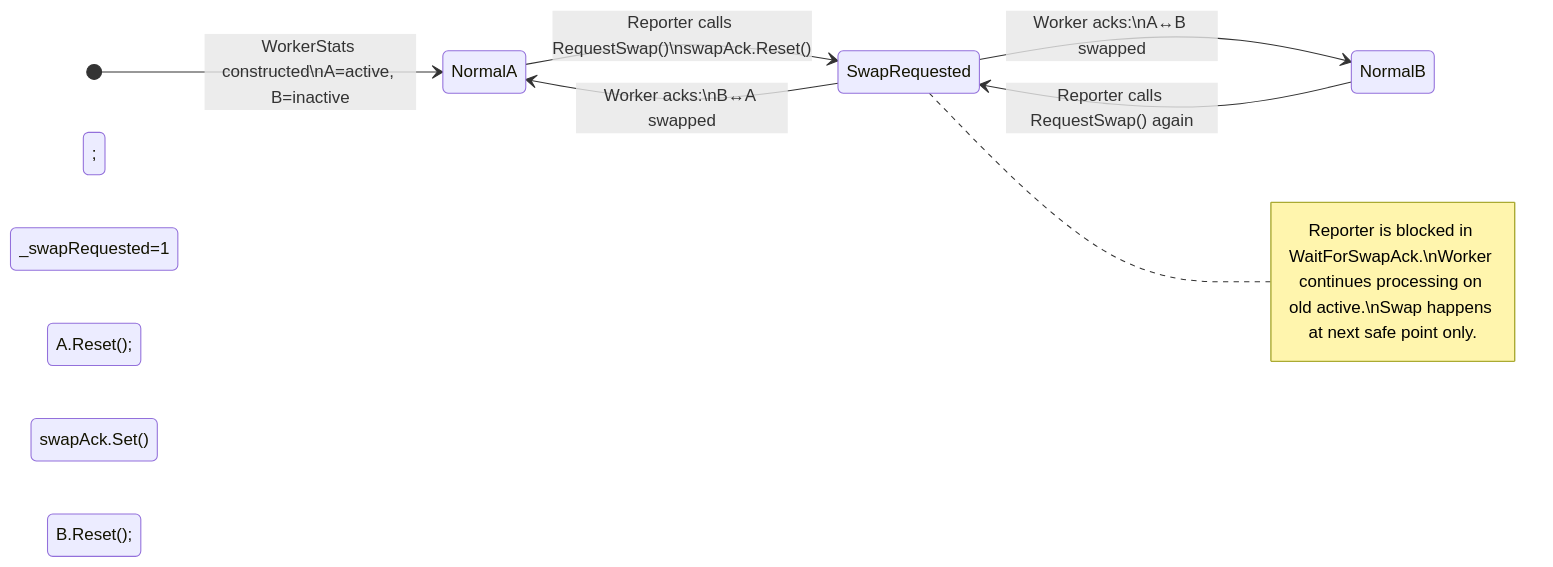
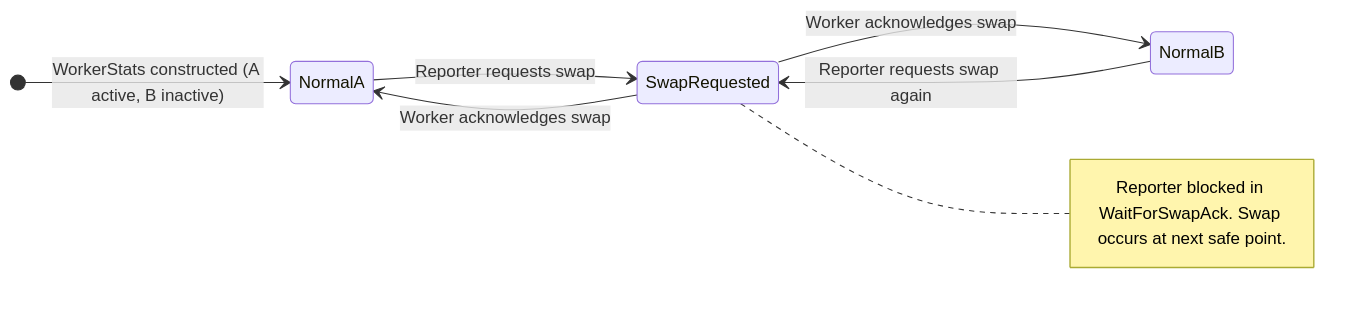
The eighth of 11 diagrams in docs/concurrency-model.md (jvspeed74/LogWatcher), drawn with Mermaid before and after one commit. The commit also changed other lines of this file, not shown here.

Commit message:
fix: syntax errors in diagrams in docs/concurrency-model.md

````diff
--- a/docs/concurrency-model.md
+++ b/docs/concurrency-model.md
@@ -250,13 +250,12 @@
 ```mermaid
 stateDiagram-v2
     direction LR
 
-    [*] --> NormalA : WorkerStats constructed\nA=active, B=inactive
+    [*] --> NormalA : WorkerStats constructed (A active, B inactive)
+    NormalA --> SwapRequested : Reporter requests swap
+    SwapRequested --> NormalB : Worker acknowledges swap
+    NormalB --> SwapRequested : Reporter requests swap again
+    SwapRequested --> NormalA : Worker acknowledges swap
 
-    NormalA --> SwapRequested : Reporter calls RequestSwap()\nswapAck.Reset(); _swapRequested=1
-    SwapRequested --> NormalB  : Worker acks:\nA↔B swapped; A.Reset(); swapAck.Set()
-    NormalB --> SwapRequested  : Reporter calls RequestSwap() again
-    SwapRequested --> NormalA  : Worker acks:\nB↔A swapped; B.Reset(); swapAck.Set()
-
-    note right of SwapRequested : Reporter is blocked in WaitForSwapAck.\nWorker continues processing on old active.\nSwap happens at next safe point only.
+    note right of SwapRequested : Reporter blocked in WaitForSwapAck. Swap occurs at next safe point.
 ```
````
